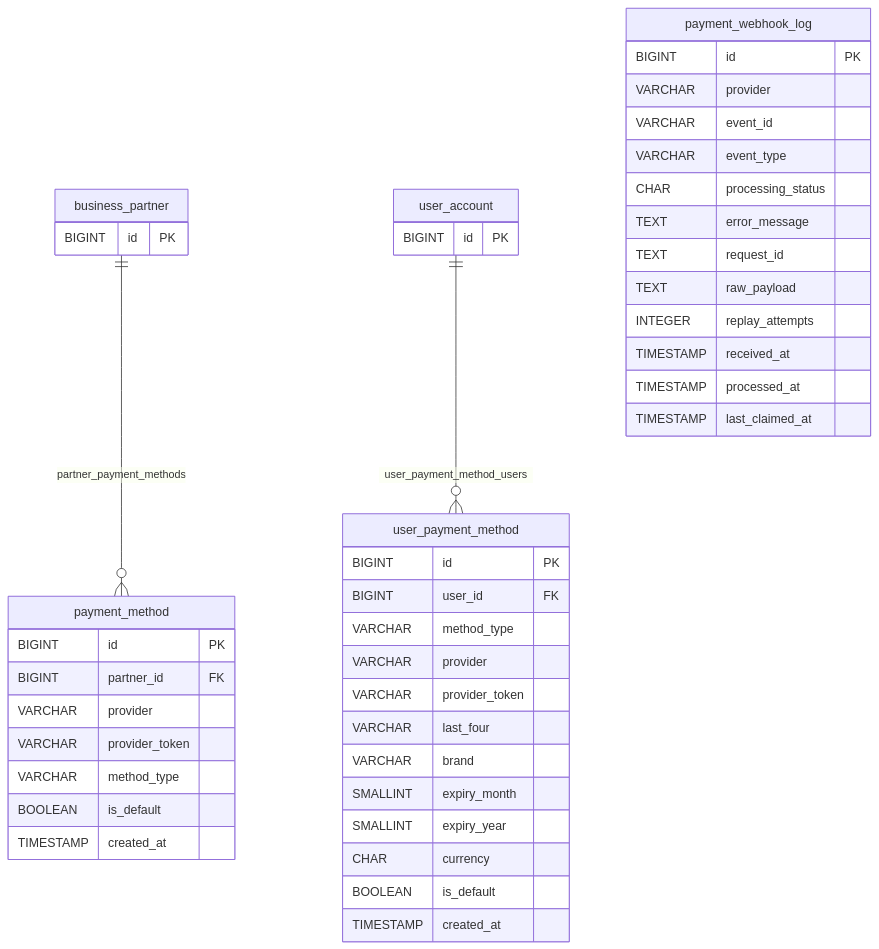
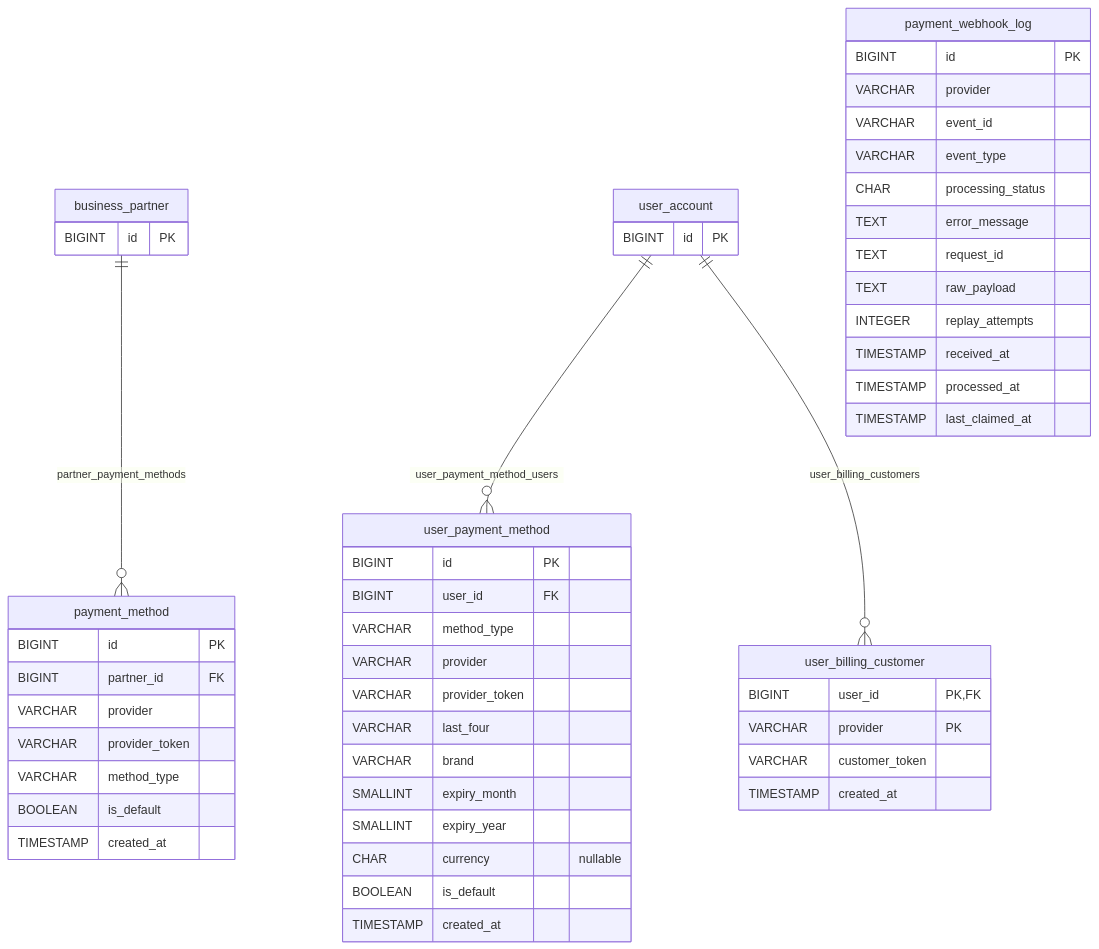
Diagram 15 of 20 in DB.md (nauticana/keel), drawn with Mermaid before and after one commit. The commit also changed other lines of this file and 35 other files, not shown here.

````diff
--- a/DB.md
+++ b/DB.md
@@ -874,49 +888,56 @@
 ```mermaid
 erDiagram
     business_partner ||--o{ payment_method : "partner_payment_methods"
     user_account ||--o{ user_payment_method : "user_payment_method_users"
+    user_account ||--o{ user_billing_customer : "user_billing_customers"
 
     payment_webhook_log {
         BIGINT id PK
         VARCHAR provider
         VARCHAR event_id
         VARCHAR event_type
         CHAR processing_status
         TEXT error_message
         TEXT request_id
         TEXT raw_payload
         INTEGER replay_attempts
         TIMESTAMP received_at
         TIMESTAMP processed_at
         TIMESTAMP last_claimed_at
     }
     payment_method {
         BIGINT id PK
         BIGINT partner_id FK
         VARCHAR provider
         VARCHAR provider_token
         VARCHAR method_type
         BOOLEAN is_default
         TIMESTAMP created_at
     }
     user_payment_method {
         BIGINT id PK
         BIGINT user_id FK
         VARCHAR method_type
         VARCHAR provider
         VARCHAR provider_token
         VARCHAR last_four
         VARCHAR brand
         SMALLINT expiry_month
         SMALLINT expiry_year
-        CHAR currency
+        CHAR currency "nullable"
         BOOLEAN is_default
+        TIMESTAMP created_at
+    }
+    user_billing_customer {
+        BIGINT user_id PK,FK
+        VARCHAR provider PK
+        VARCHAR customer_token
         TIMESTAMP created_at
     }
     business_partner {
         BIGINT id PK
     }
     user_account {
         BIGINT id PK
     }
 ```
````
